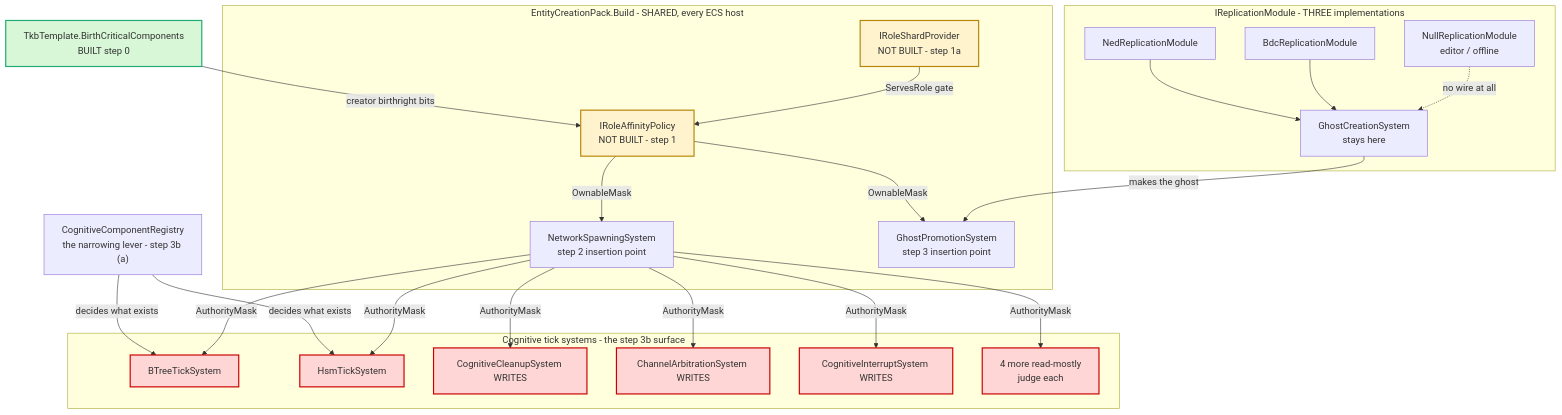
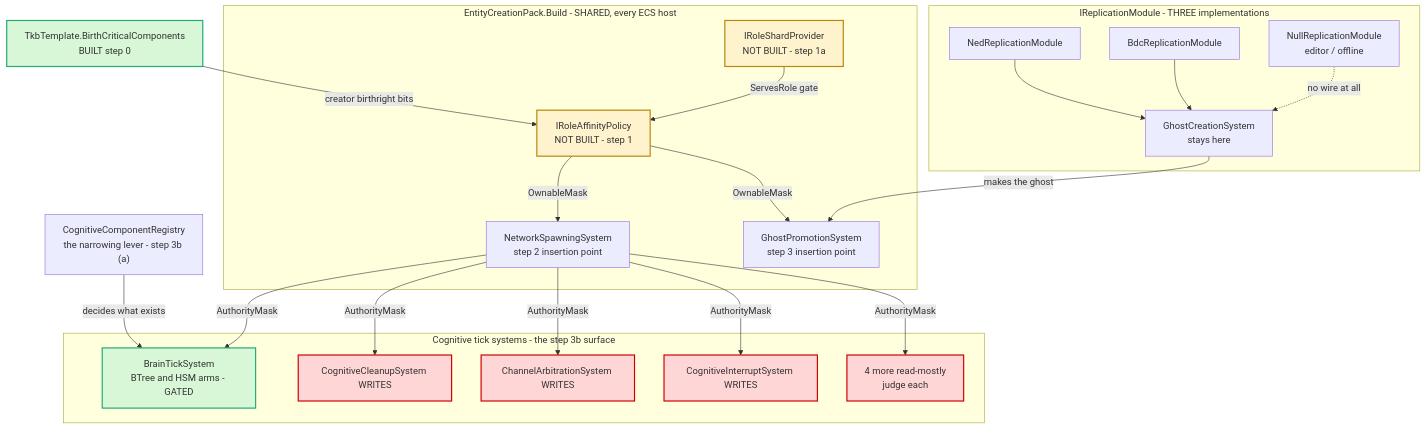
One commit to pjanec/HROT changed the second of 4 diagrams in docs/DESIGN_Role_Affinity_Ownership.md. Above: the diagram before and after it, drawn with Mermaid. The commit also changed other lines of this file and 2 other files, not shown here.

````diff
--- a/docs/DESIGN_Role_Affinity_Ownership.md
+++ b/docs/DESIGN_Role_Affinity_Ownership.md
@@ -1131,52 +1164,49 @@
 ```mermaid
 graph TD
     subgraph PACK["EntityCreationPack.Build - SHARED, every ECS host"]
         NSS["NetworkSpawningSystem<br/>step 2 insertion point"]
         GPS["GhostPromotionSystem<br/>step 3 insertion point"]
         POL["IRoleAffinityPolicy<br/>NOT BUILT - step 1"]
         SHARD["IRoleShardProvider<br/>NOT BUILT - step 1a"]
     end
 
     subgraph REPL["IReplicationModule - THREE implementations"]
         GCS["GhostCreationSystem<br/>stays here"]
         NED["NedReplicationModule"]
         BDC["BdcReplicationModule"]
         NUL["NullReplicationModule<br/>editor / offline"]
     end
 
     subgraph TICK["Cognitive tick systems - the step 3b surface"]
-        BT["BTreeTickSystem"]
-        HSM["HsmTickSystem"]
+        BT["BrainTickSystem<br/>BTree and HSM arms - GATED"]
         CC["CognitiveCleanupSystem WRITES"]
         CA["ChannelArbitrationSystem WRITES"]
         CI["CognitiveInterruptSystem WRITES"]
         REST["4 more read-mostly<br/>judge each"]
     end
 
     TKB["TkbTemplate.BirthCriticalComponents<br/>BUILT step 0"]
     REG["CognitiveComponentRegistry<br/>the narrowing lever - step 3b (a)"]
 
     TKB -->|creator birthright bits| POL
     SHARD -->|ServesRole gate| POL
     POL -->|OwnableMask| NSS
     POL -->|OwnableMask| GPS
     GCS -->|makes the ghost| GPS
     NED --> GCS
     BDC --> GCS
     NUL -.->|no wire at all| GCS
     REG -->|decides what exists| BT
-    REG -->|decides what exists| HSM
     NSS -->|AuthorityMask| BT
-    NSS -->|AuthorityMask| HSM
     NSS -->|AuthorityMask| CC
     NSS -->|AuthorityMask| CA
     NSS -->|AuthorityMask| CI
     NSS -->|AuthorityMask| REST
 
     classDef unbuilt fill:#fff3cd,stroke:#b8860b,stroke-width:2px
     classDef hazard fill:#ffd6d6,stroke:#c00,stroke-width:2px
     classDef done fill:#d7f7d7,stroke:#2a7,stroke-width:2px
     class POL,SHARD unbuilt
-    class BT,HSM,CC,CA,CI,REST hazard
-    class TKB done
+    class CC,CA,CI,REST hazard
+    class TKB,BT done
 ```
````
